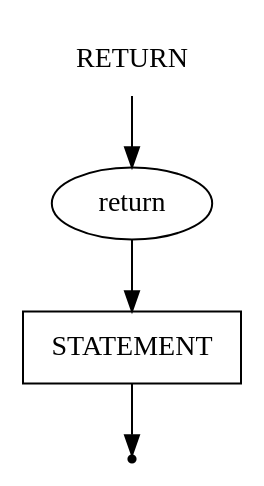
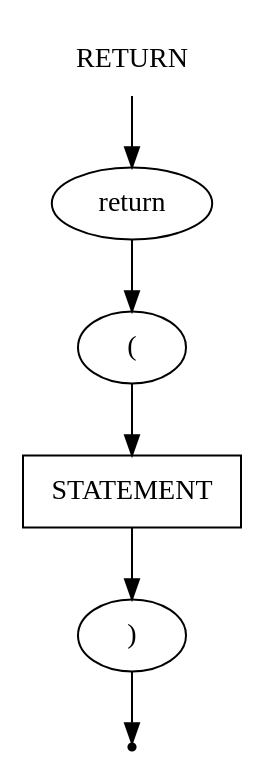
One commit to mshnschnko/ProMa changed the diagram in src/CodeParser/grammar/return.gv. Above: the diagram before and after it, drawn with Graphviz. The commit also changed 3 other files, not shown here.

```diff
--- a/src/CodeParser/grammar/return.gv
+++ b/src/CodeParser/grammar/return.gv
@@ -1,10 +1,14 @@
 digraph RETURN {
     start [label=RETURN shape=plaintext]
     return [label="return" shape=oval]
+    br_open [label="(" shape=oval]
+    br_close [label=")" shape=oval]
     statement [label=STATEMENT shape=box]
     end [label="" shape=point]
 
     start -> return
-    return -> statement
-    statement -> end
+    return -> br_open
+    br_open -> statement
+    statement -> br_close
+    br_close -> end
 }
```
